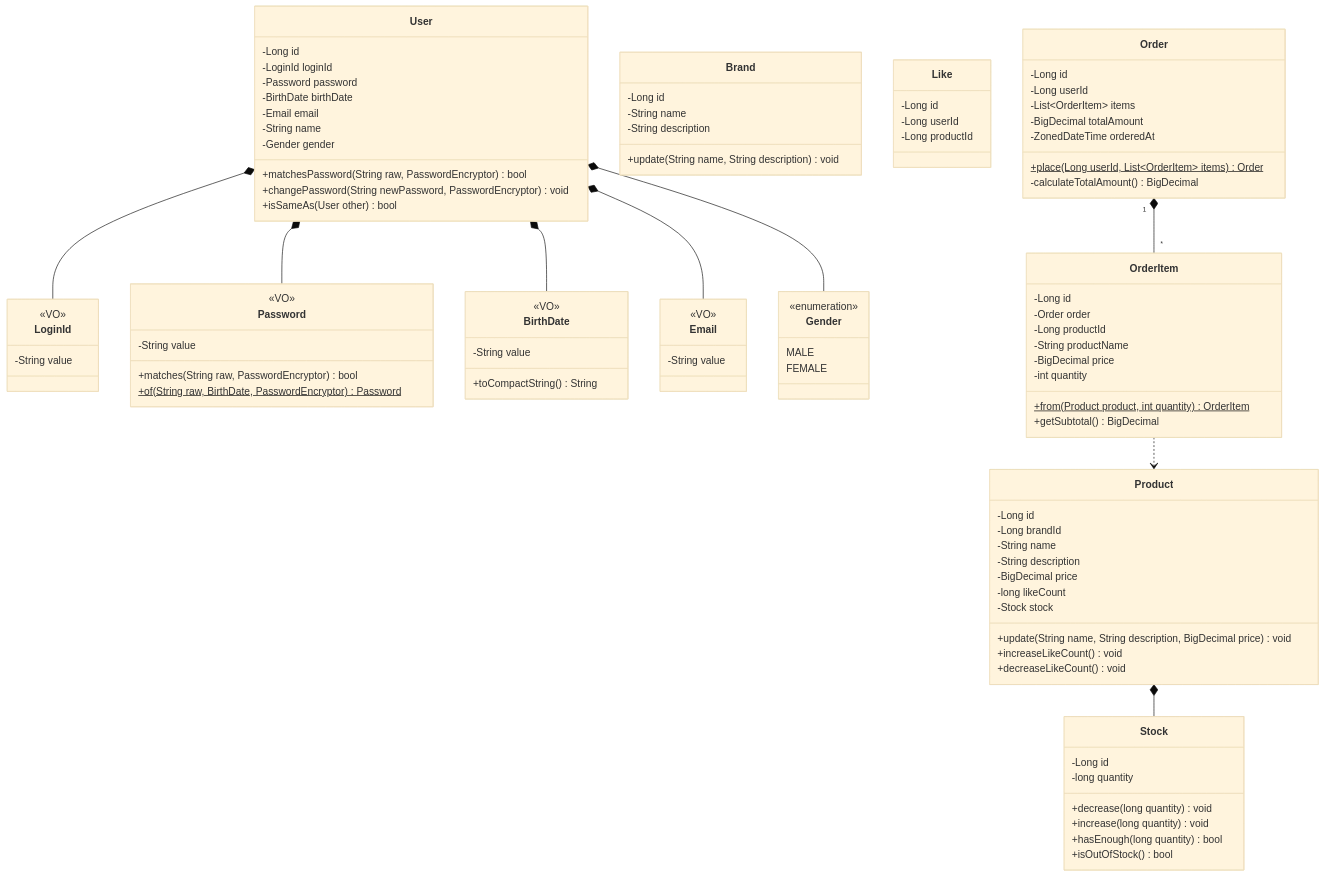
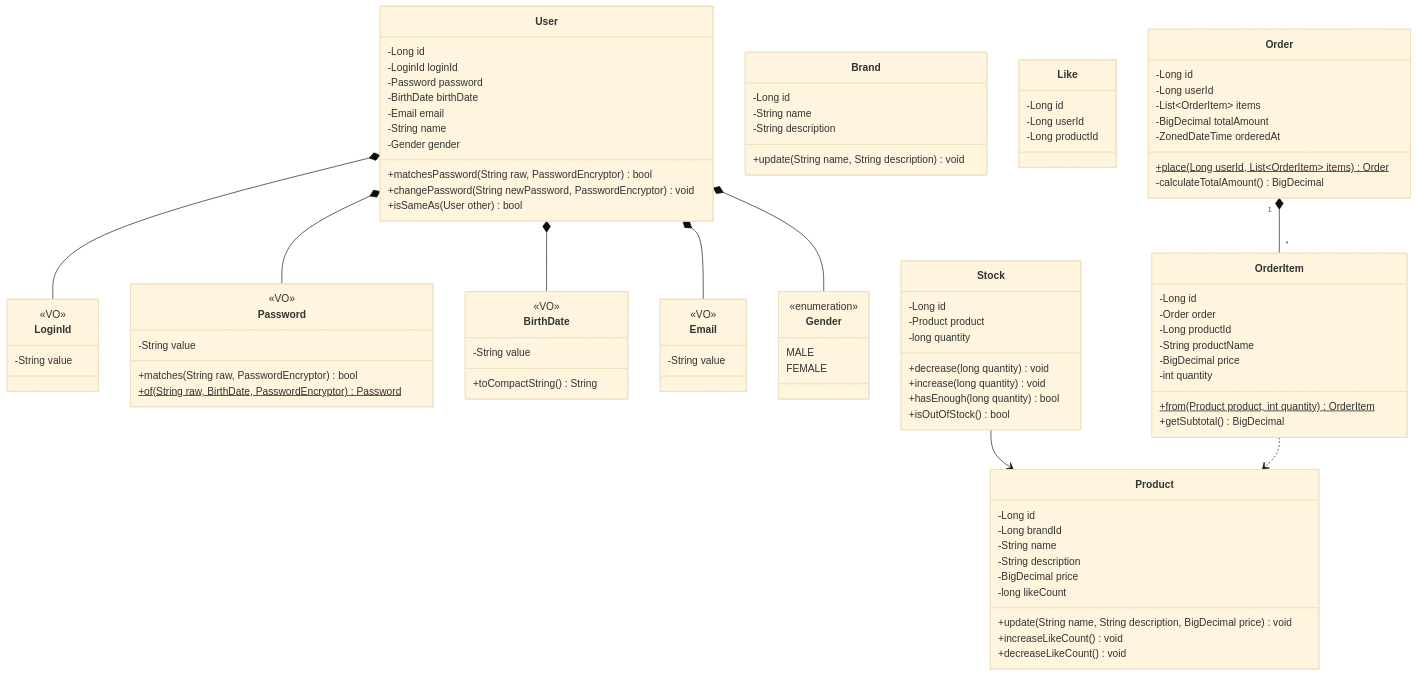
Before and after one commit to loopers-labs/loop-pack-be-l2-vol4-java: the diagram in docs/week2/03-class-diagram.md, drawn with Mermaid (base theme). The commit also changed 2 other files, not shown here.

Commit message:
docs(week2): Product-Stock 관계를 단방향으로 변경
Product 조회 시 N+1 이슈와 불필요한 연관 로딩을 방지하기 위해
양방향 관계(Product ↔ Stock)를 Stock → Product 단방향으로 재설계.
Product 클래스에서 stock 필드를 제거하고, 관계 표기를
'Product "1" -- "1" Stock' → 'Stock --> Product' 로 수정.

```diff
--- a/docs/week2/03-class-diagram.md
+++ b/docs/week2/03-class-diagram.md
@@ -54,13 +54,13 @@
         -String description
         -BigDecimal price
         -long likeCount
-        -Stock stock
         +update(String name, String description, BigDecimal price) void
         +increaseLikeCount() void
         +decreaseLikeCount() void
     }
     class Stock {
         -Long id
+        -Product product
         -long quantity
         +decrease(long quantity) void
         +increase(long quantity) void
@@ -103,7 +103,7 @@
     User *-- Email
     User *-- Gender
 
-    Product *-- Stock
+    Stock --> Product
 
     Order "1" *-- "*" OrderItem
     OrderItem ..> Product
```
